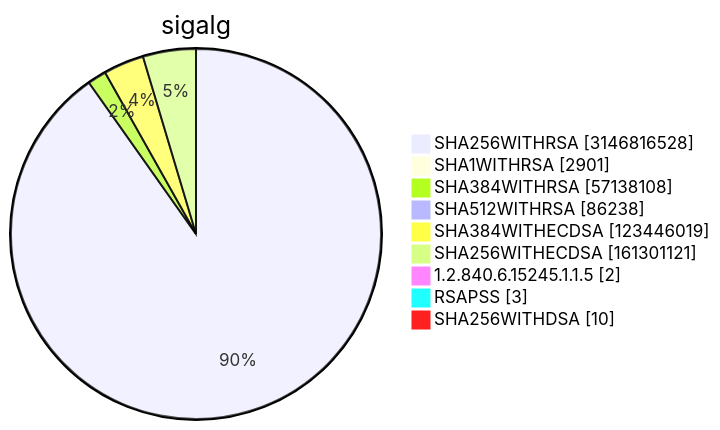
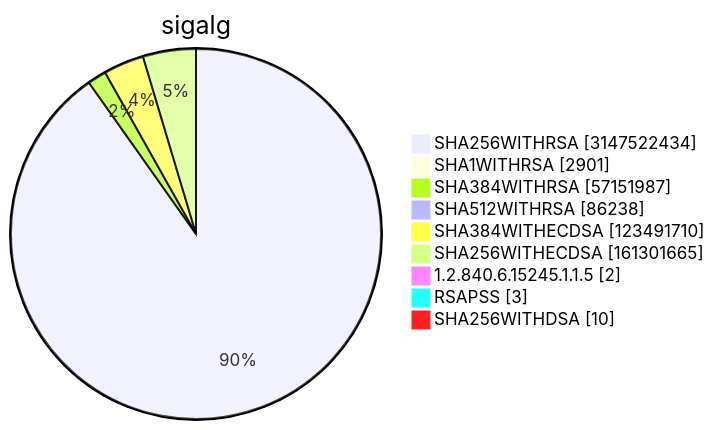
Before and after one commit to christiankrug/ctmonitor_visualization: diagram 15 of 15 in TOTAL/README.md, drawn with Mermaid. The commit also changed other lines of this file, not shown here.

````diff
--- a/TOTAL/README.md
+++ b/TOTAL/README.md
@@ -6213,13 +6213,13 @@
 ```mermaid
 pie showData
 title sigalg
-"SHA256WITHRSA" :3146816528
+"SHA256WITHRSA" :3147522434
 "SHA1WITHRSA" :2901
-"SHA384WITHRSA" :57138108
+"SHA384WITHRSA" :57151987
 "SHA512WITHRSA" :86238
-"SHA384WITHECDSA" :123446019
-"SHA256WITHECDSA" :161301121
+"SHA384WITHECDSA" :123491710
+"SHA256WITHECDSA" :161301665
 "1.2.840.6.15245.1.1.5" :2
 "RSAPSS" :3
 "SHA256WITHDSA" :10
 ```
````
